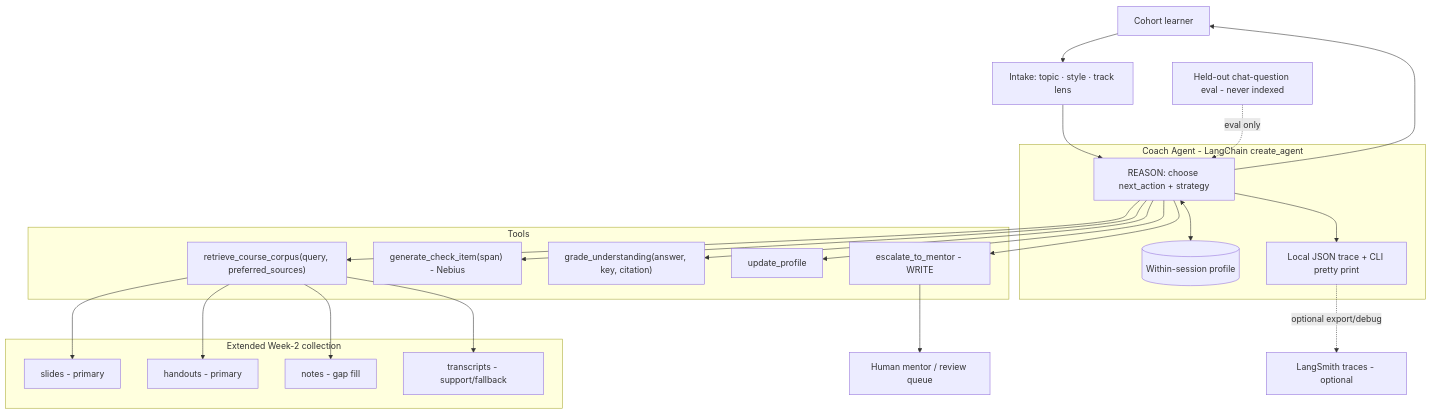
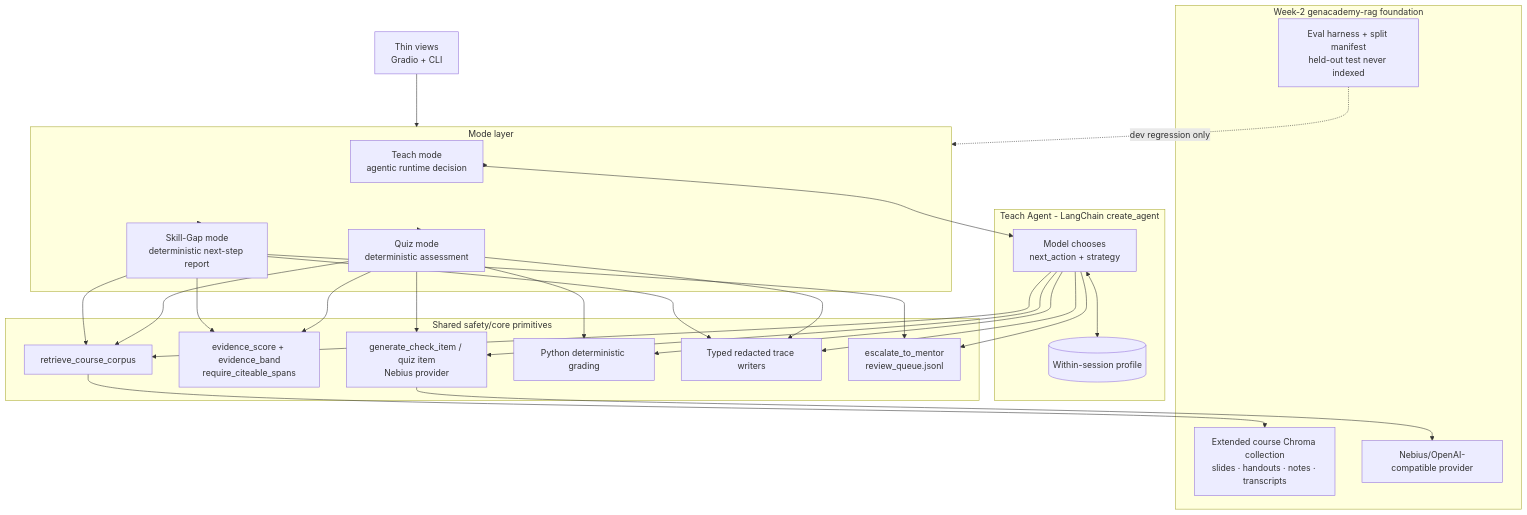
Before and after one commit to manjunath84/genacademy-coach: the second of 11 diagrams in docs/architecture-diagrams.md, drawn with Mermaid. The commit also changed other lines of this file and 8 other files, not shown here.

Commit message:
Polish Skill-Gap UI evidence and docs

````diff
--- a/docs/architecture-diagrams.md
+++ b/docs/architecture-diagrams.md
@@ -38,47 +74,58 @@
 ```mermaid
 flowchart TD
-    User["Cohort learner"]
-    Intake["Intake: topic · style · track lens"]
+    UI["Thin views\nGradio + CLI"]
 
-    subgraph Agent["Coach Agent - LangChain create_agent"]
-        Reason["REASON: choose next_action + strategy"]
-        Profile[("Within-session profile")]
-        Trace["Local JSON trace + CLI pretty print"]
+    subgraph Modes["Mode layer"]
+        TeachMode["Teach mode\nagentic runtime decision"]
+        QuizMode["Quiz mode\ndeterministic assessment"]
+        SkillGapMode["Skill-Gap mode\ndeterministic next-step report"]
     end
 
-    subgraph Tools["Tools"]
-        R["retrieve_course_corpus(query, preferred_sources)"]
-        Gen["generate_check_item(span) - Nebius"]
-        Grade["grade_understanding(answer, key, citation)"]
-        Update["update_profile"]
-        Esc["escalate_to_mentor - WRITE"]
+    subgraph Agent["Teach Agent - LangChain create_agent"]
+        Reason["Model chooses\nnext_action + strategy"]
+        Profile[("Within-session profile")]
     end
 
-    subgraph Corpus["Extended Week-2 collection"]
-        Slides["slides - primary"]
-        Handouts["handouts - primary"]
-        Notes["notes - gap fill"]
-        Transcripts["transcripts - support/fallback"]
+    subgraph SharedCore["Shared safety/core primitives"]
+        R["retrieve_course_corpus"]
+        Ground["evidence_score + evidence_band\nrequire_citeable_spans"]
+        Gen["generate_check_item / quiz item\nNebius provider"]
+        Grade["Python deterministic grading"]
+        Trace["Typed redacted trace writers"]
+        Esc["escalate_to_mentor\nreview_queue.jsonl"]
     end
 
-    Eval["Held-out chat-question eval - never indexed"]
-    Mentor["Human mentor / review queue"]
-    LangSmith["LangSmith traces - optional"]
+    subgraph Foundation["Week-2 genacademy-rag foundation"]
+        Corpus["Extended course Chroma collection\nslides · handouts · notes · transcripts"]
+        Provider["Nebius/OpenAI-compatible provider"]
+        Eval["Eval harness + split manifest\nheld-out test never indexed"]
+    end
 
-    User --> Intake --> Reason
+    UI --> Modes
+    Modes --> TeachMode
+    Modes --> QuizMode
+    Modes --> SkillGapMode
+
+    TeachMode --> Reason
     Reason <--> Profile
     Reason --> R
-    R --> Slides
-    R --> Handouts
-    R --> Notes
-    R --> Transcripts
     Reason --> Gen
     Reason --> Grade
-    Reason --> Update
+    Reason --> Trace
     Reason --> Esc
-    Reason --> Trace
-    Trace -. optional export/debug .-> LangSmith
-    Esc --> Mentor
-    Eval -. eval only .-> Reason
-    Reason --> User
+
+    QuizMode --> R
+    QuizMode --> Ground
+    QuizMode --> Gen
+    QuizMode --> Grade
+    QuizMode --> Trace
+
+    SkillGapMode --> Trace
+    SkillGapMode --> R
+    SkillGapMode --> Ground
+    SkillGapMode --> Esc
+
+    R --> Corpus
+    Gen --> Provider
+    Eval -. dev regression only .-> Modes
 ```
````
